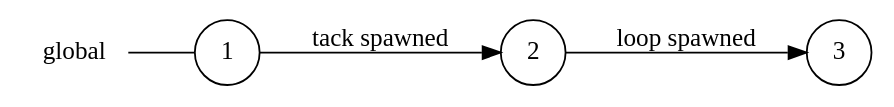
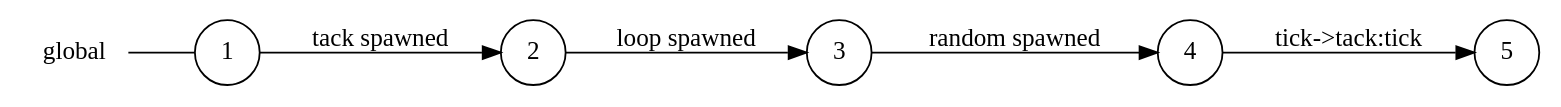
One commit to gabrielegenovese/chorer changed the diagram in out/tick_global_view.dot. Above: the diagram before and after it, drawn with Graphviz. The commit also changed 15 other files, not shown here.

```diff
--- a/out/tick_global_view.dot
+++ b/out/tick_global_view.dot
@@ -1,11 +1,15 @@
 digraph global {
 	rankdir="LR";
 	n_0 [label="global", shape="plaintext"];
-	n_1 [id="1", shape=circle, label="1"];
-	n_0 -> n_1 [arrowhead=none];
-	n_2 [id="2", shape=circle, label="2"];
-	n_3 [id="3", shape=circle, label="3"];
+	n_1 [id="5", shape=circle, label="5"];
+	n_2 [id="1", shape=circle, label="1"];
+	n_0 -> n_2 [arrowhead=none];
+	n_3 [id="2", shape=circle, label="2"];
+	n_4 [id="4", shape=circle, label="4"];
+	n_5 [id="3", shape=circle, label="3"];
 
-	n_1 -> n_2 [id="[$e|0]", label="tack spawned"];
-	n_2 -> n_3 [id="[$e|1]", label="loop spawned"];
+	n_5 -> n_4 [id="[$e|2]", label="random spawned"];
+	n_2 -> n_3 [id="[$e|0]", label="tack spawned"];
+	n_4 -> n_1 [id="[$e|3]", label="tick->tack:tick"];
+	n_3 -> n_5 [id="[$e|1]", label="loop spawned"];
 }
```
